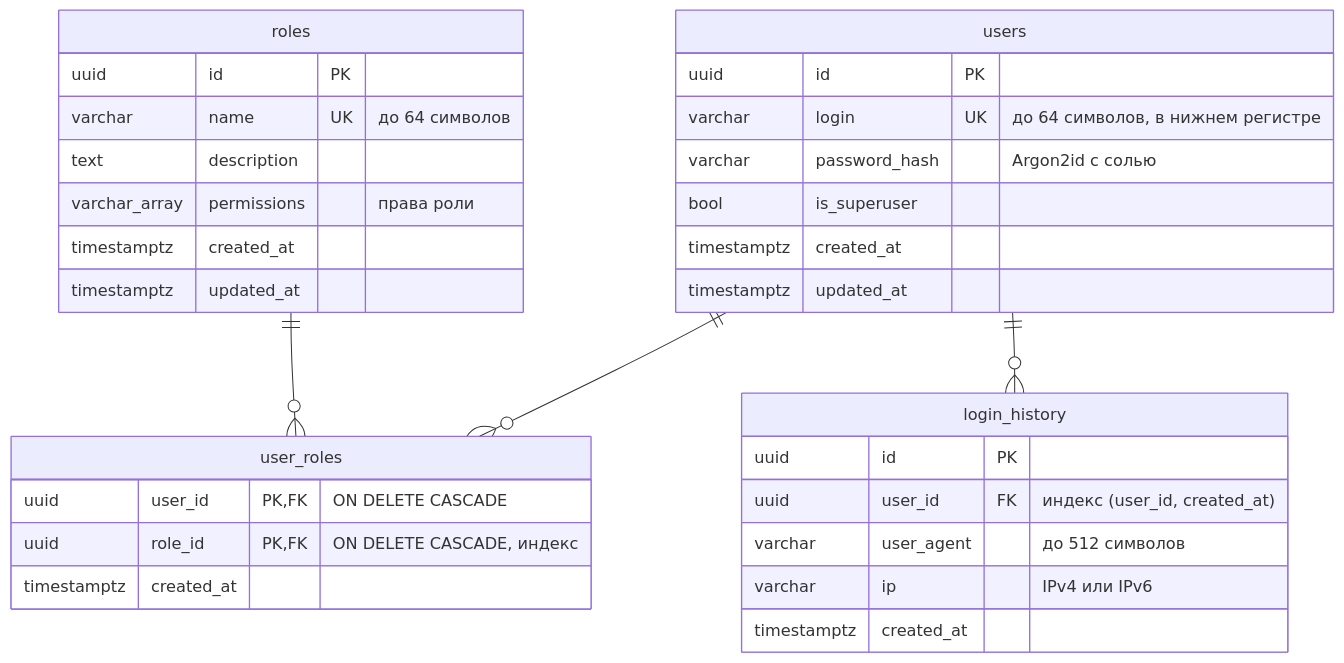
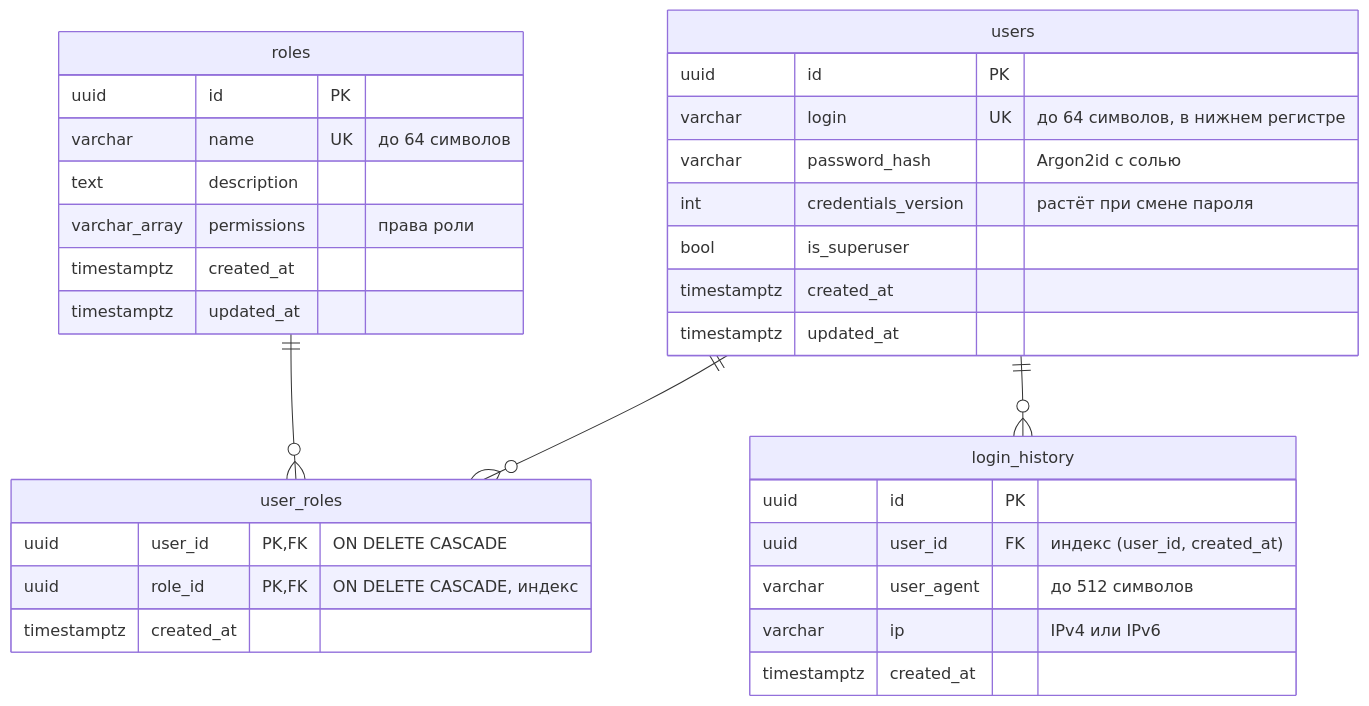
One commit to storublev/module_6_python_middle_final changed the second of 3 diagrams in auth/docs/architecture.md. Above: the diagram before and after it, drawn with Mermaid. The commit also changed other lines of this file and 15 other files, not shown here.

Commit message:
Отзывать сессии при смене пароля через версию учётных данных

````diff
--- a/auth/docs/architecture.md
+++ b/auth/docs/architecture.md
@@ -99,34 +99,35 @@
 ```mermaid
 erDiagram
     users ||--o{ user_roles : ""
     roles ||--o{ user_roles : ""
     users ||--o{ login_history : ""
     users {
         uuid id PK
         varchar login UK "до 64 символов, в нижнем регистре"
         varchar password_hash "Argon2id с солью"
+        int credentials_version "растёт при смене пароля"
         bool is_superuser
         timestamptz created_at
         timestamptz updated_at
     }
     roles {
         uuid id PK
         varchar name UK "до 64 символов"
         text description
         varchar_array permissions "права роли"
         timestamptz created_at
         timestamptz updated_at
     }
     user_roles {
         uuid user_id PK,FK "ON DELETE CASCADE"
         uuid role_id PK,FK "ON DELETE CASCADE, индекс"
         timestamptz created_at
     }
     login_history {
         uuid id PK
         uuid user_id FK "индекс (user_id, created_at)"
         varchar user_agent "до 512 символов"
         varchar ip "IPv4 или IPv6"
         timestamptz created_at
     }
 ```
````
